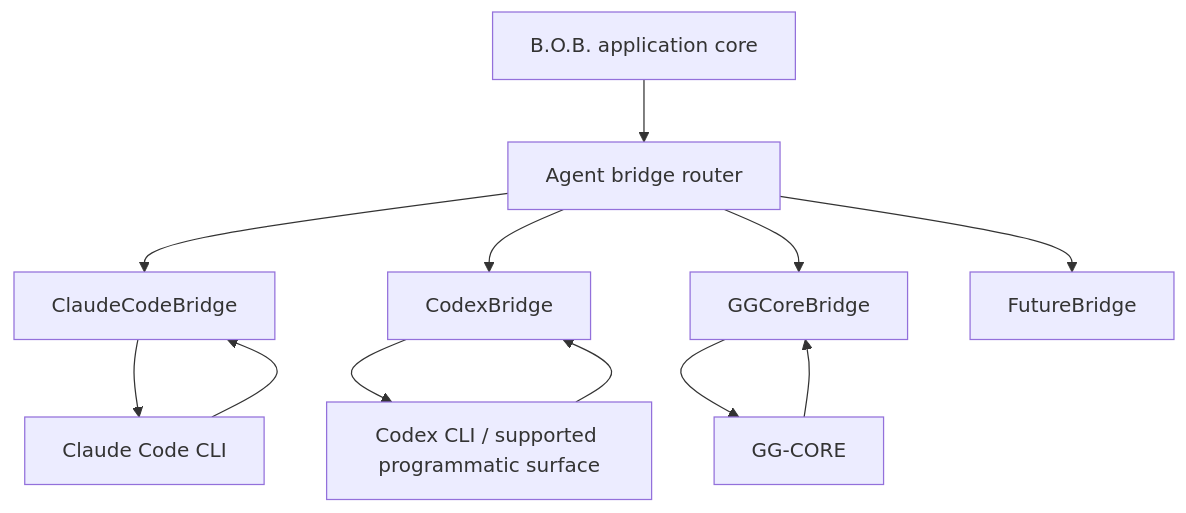
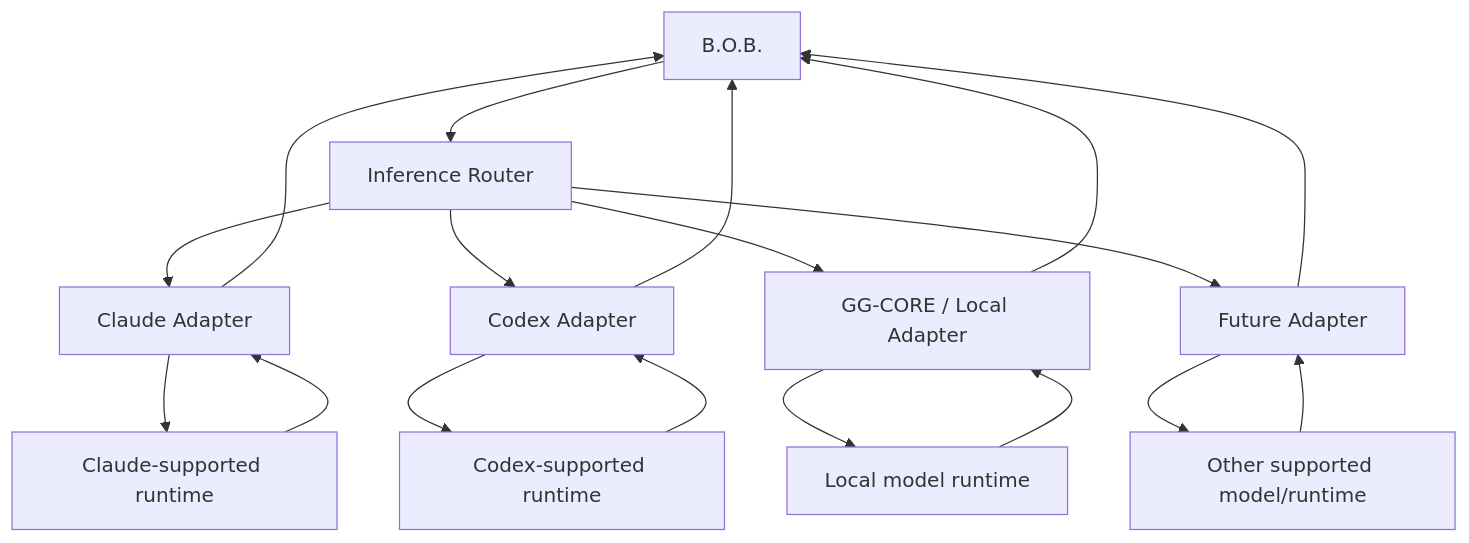
One commit to Knapp-Kevin/B.O.B. changed the second of 6 diagrams in README.md. Above: the diagram before and after it, drawn with Mermaid. The commit also changed other lines of this file, not shown here.

Commit message:
Correct B.O.B. to single-agent multi-LLM architecture

````diff
--- a/README.md
+++ b/README.md
@@ -138,17 +136,24 @@
 ```mermaid
 flowchart TB
-    B[B.O.B. application core] --> ROUTER[Agent bridge router]
+    B[B.O.B.] --> R[Inference Router]
 
-    ROUTER --> CLAUDE[ClaudeCodeBridge]
-    ROUTER --> CODEX[CodexBridge]
-    ROUTER --> LOCAL[GGCoreBridge]
-    ROUTER --> FUTURE[FutureBridge]
+    R --> CLAUDE[Claude Adapter]
+    R --> CODEX[Codex Adapter]
+    R --> LOCAL[GG-CORE / Local Adapter]
+    R --> FUTURE[Future Adapter]
 
-    CLAUDE --> CCLI[Claude Code CLI]
-    CODEX --> XCLI[Codex CLI / supported programmatic surface]
-    LOCAL --> GG[GG-CORE]
+    CLAUDE --> C[Claude-supported runtime]
+    CODEX --> X[Codex-supported runtime]
+    LOCAL --> G[Local model runtime]
+    FUTURE --> M[Other supported model/runtime]
 
-    CCLI --> CLAUDE
-    XCLI --> CODEX
-    GG --> LOCAL
+    C --> CLAUDE
+    X --> CODEX
+    G --> LOCAL
+    M --> FUTURE
+
+    CLAUDE --> B
+    CODEX --> B
+    LOCAL --> B
+    FUTURE --> B
 ```
````
